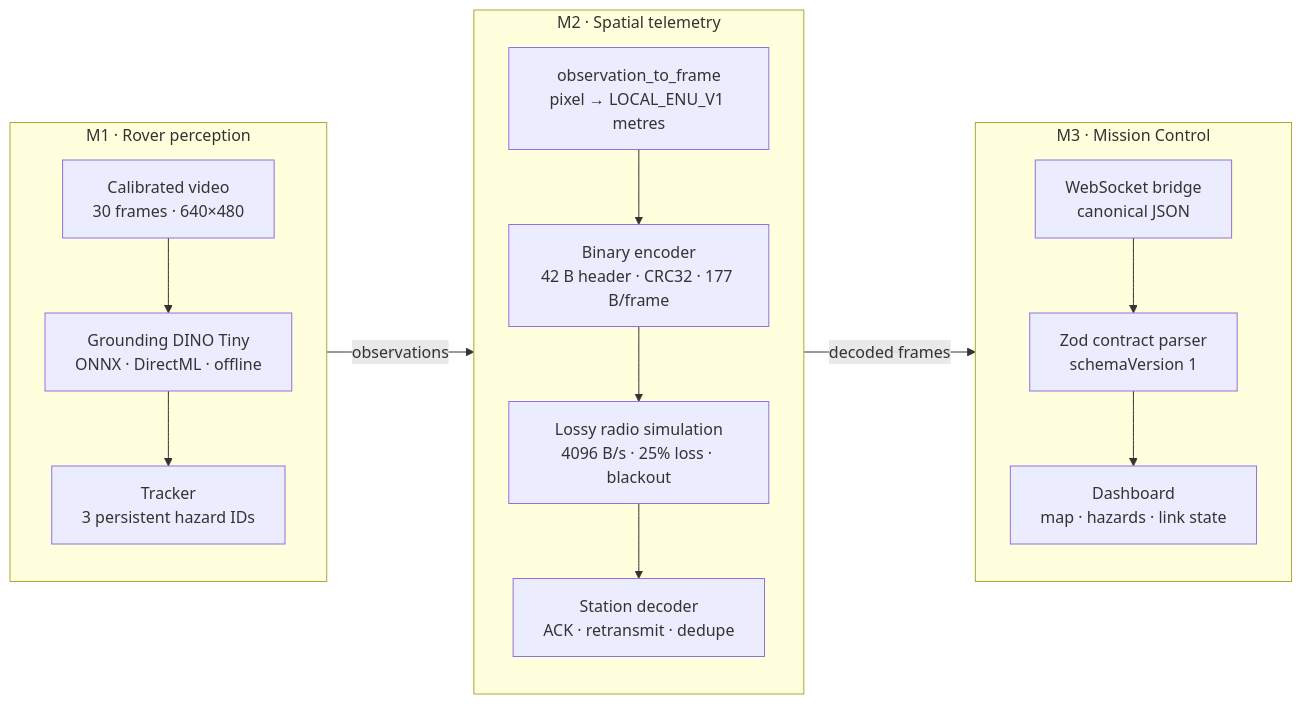
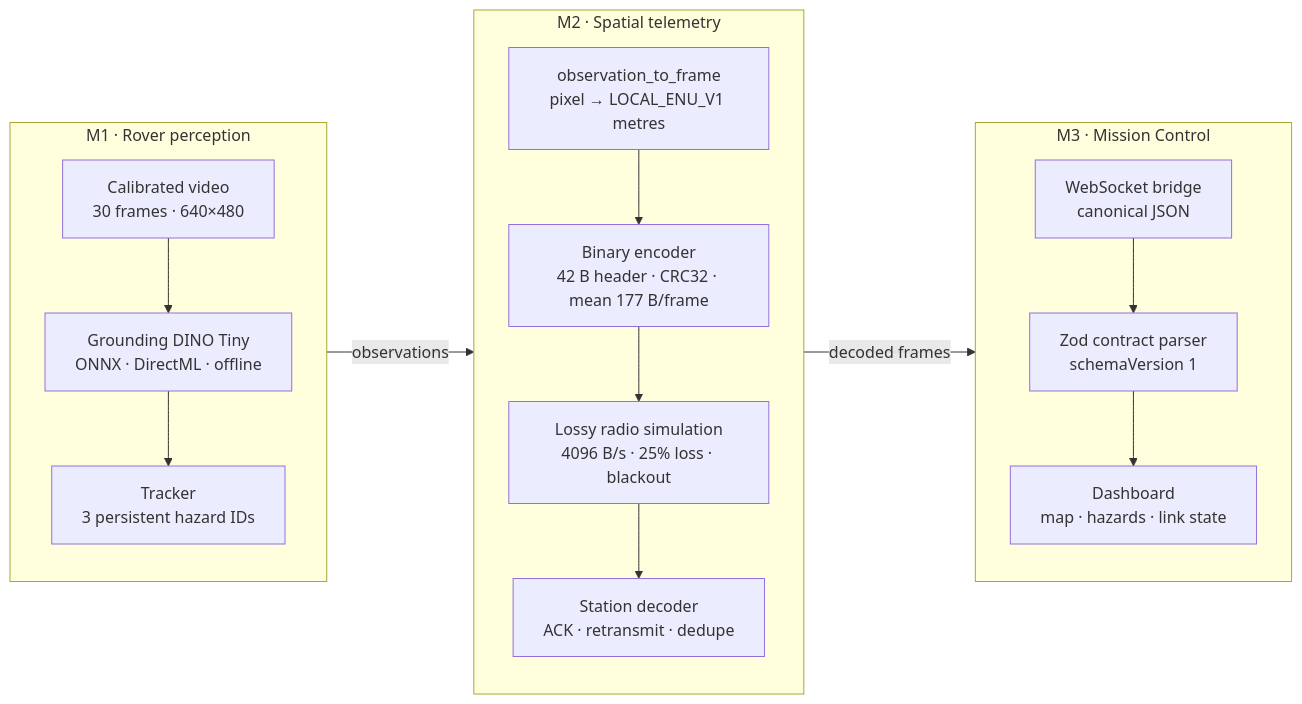
The first of 3 diagrams in README.md (omarfh111/C.R.A.T.E.R), drawn with Mermaid before and after one commit. The commit also changed other lines of this file and 3 other files, not shown here.

````diff
--- a/README.md
+++ b/README.md
@@ -110,30 +110,30 @@
 ```mermaid
 flowchart LR
   subgraph M1["M1 · Rover perception"]
     direction TB
     V["Calibrated video<br/>30 frames · 640×480"]
     D["Grounding DINO Tiny<br/>ONNX · DirectML · offline"]
     T["Tracker<br/>3 persistent hazard IDs"]
     V --> D --> T
   end
 
   subgraph M2["M2 · Spatial telemetry"]
     direction TB
     P["observation_to_frame<br/>pixel → LOCAL_ENU_V1 metres"]
-    E["Binary encoder<br/>42 B header · CRC32 · 177 B/frame"]
+    E["Binary encoder<br/>42 B header · CRC32 · mean 177 B/frame"]
     R["Lossy radio simulation<br/>4096 B/s · 25% loss · blackout"]
     S["Station decoder<br/>ACK · retransmit · dedupe"]
     P --> E --> R --> S
   end
 
   subgraph M3["M3 · Mission Control"]
     direction TB
     W["WebSocket bridge<br/>canonical JSON"]
     Z["Zod contract parser<br/>schemaVersion 1"]
     U["Dashboard<br/>map · hazards · link state"]
     W --> Z --> U
   end
 
   T -->|"observations"| P
   S -->|"decoded frames"| W
 ```
````
